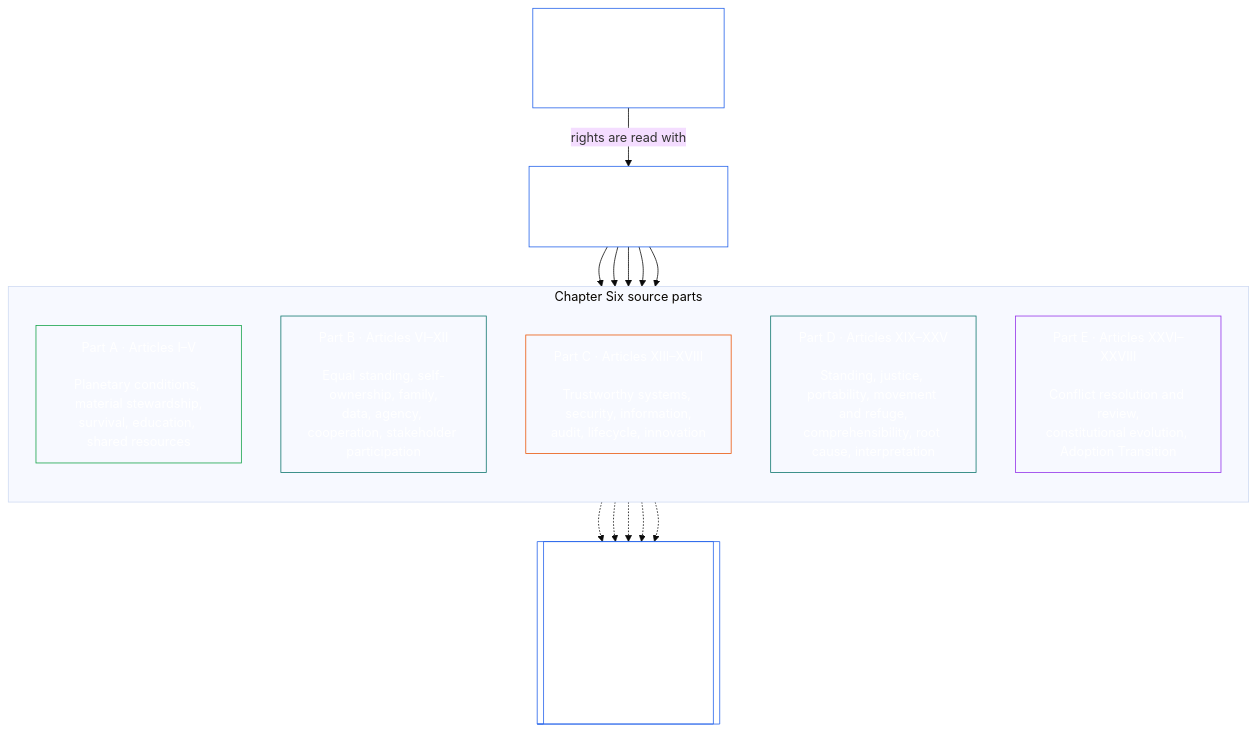
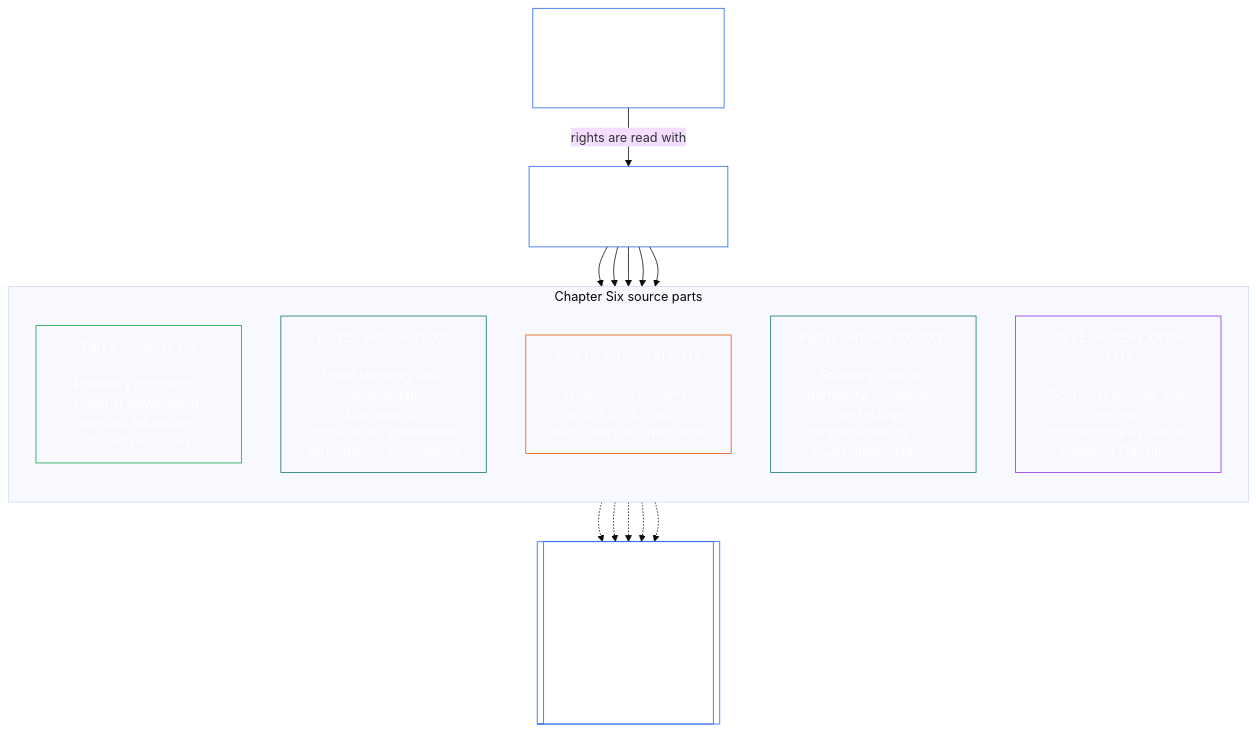
The sixth of 24 diagrams in guides/CONCEPTUAL_OVERVIEW.md (kfoelsch/Sentient_Constitution), drawn with Mermaid (base theme) before and after one commit. The commit also changed other lines of this file and 185 other files, not shown here.

First line of the commit message:
New Article XIII: Non-Capture, Influence, and Anti-Corruption Safeguards; shift Articles XIII-XXVIII to XIV-XXIX (move 762)

````diff
--- a/guides/CONCEPTUAL_OVERVIEW.md
+++ b/guides/CONCEPTUAL_OVERVIEW.md
@@ -307,33 +307,33 @@
 ```mermaid
 flowchart TB
     T["Constitutional Tetrad<br/><br/>Two Constitutional Aims<br/>Scaled to material stake"]
     R["Chapter Six<br/><br/>Foundational Rights Floor"]
     subgraph Parts["Chapter Six source parts"]
         direction TB
         A["Part A · Articles I–V<br/><br/>Planetary conditions, material stewardship,<br/>survival, education, shared resources"]
-        B["Part B · Articles VI–XII<br/><br/>Equal standing, self-ownership, family,<br/>data, agency, cooperation, stakeholder participation"]
-        C["Part C · Articles XIII–XVIII<br/><br/>Trustworthy systems, security, information,<br/>audit, lifecycle, innovation"]
-        D["Part D · Articles XIX–XXV<br/><br/>Standing, justice, portability, movement and refuge,<br/>comprehensibility, root cause, interpretation"]
-        E["Part E · Articles XXVI–XXVIII<br/><br/>Conflict resolution and review,<br/>constitutional evolution, Adoption Transition"]
+        B["Part B · Articles VI–XIII<br/><br/>Equal standing, self-ownership, family,<br/>data, agency, cooperation, stakeholder participation, non-capture"]
+        C["Part C · Articles XIV–XIX<br/><br/>Trustworthy systems, security, information,<br/>audit, lifecycle, innovation"]
+        D["Part D · Articles XX–XXVI<br/><br/>Standing, justice, portability, movement and refuge,<br/>comprehensibility, root cause, interpretation"]
+        E["Part E · Articles XXVII–XXIX<br/><br/>Conflict resolution and review,<br/>constitutional evolution, Adoption Transition"]
     end
     P[["Later governance, measurement, certification,<br/>forums, remedy, and implementation<br/><br/>Outside this chapter; must respect the Rights Floor"]]
     T -->|rights are read with| R
     R --> A
     R --> B
     R --> C
     R --> D
     R --> E
     A -.-> P
     B -.-> P
     C -.-> P
     D -.-> P
     E -.-> P
     style T fill:none,stroke:#2563eb,color:#ffffff
     style R fill:none,stroke:#2563eb,color:#ffffff
     style A fill:none,stroke:#16a34a,color:#ffffff
     style B fill:none,stroke:#0f766e,color:#ffffff
     style C fill:none,stroke:#ea580c,color:#ffffff
     style D fill:none,stroke:#0f766e,color:#ffffff
     style E fill:none,stroke:#9333ea,color:#ffffff
     style P fill:none,stroke:#2563eb,color:#ffffff
 ```
````
